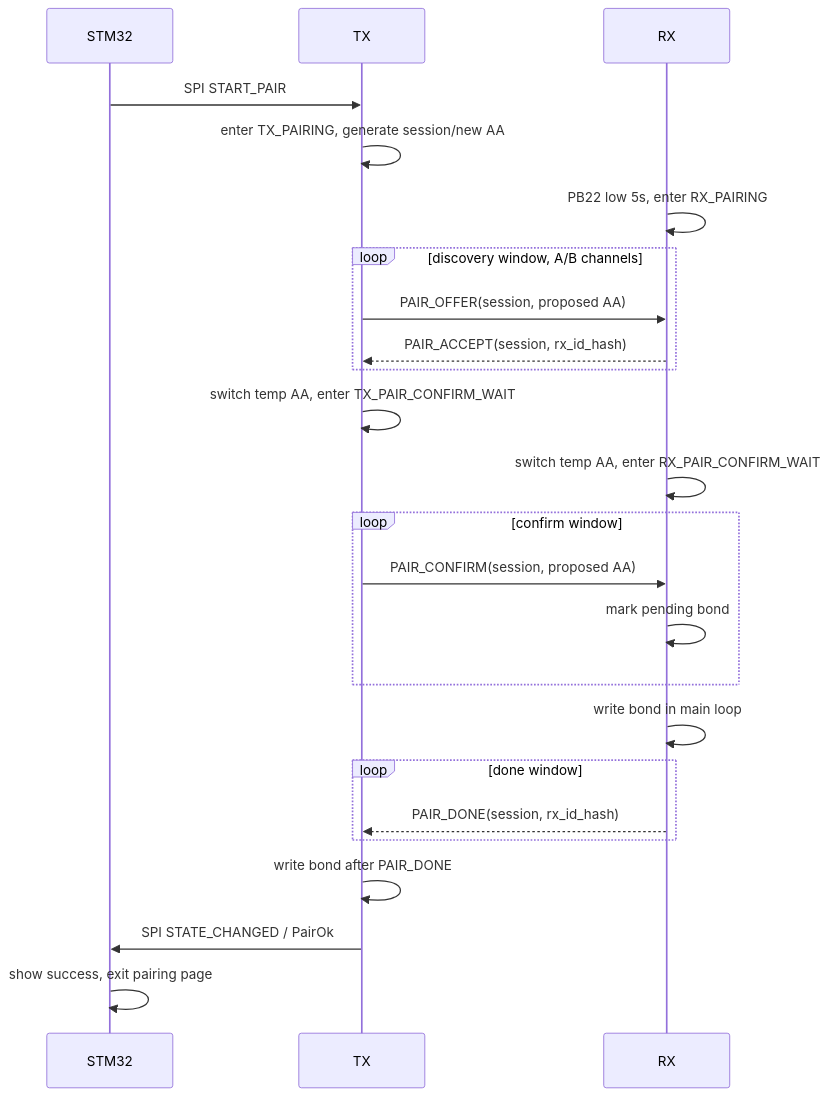
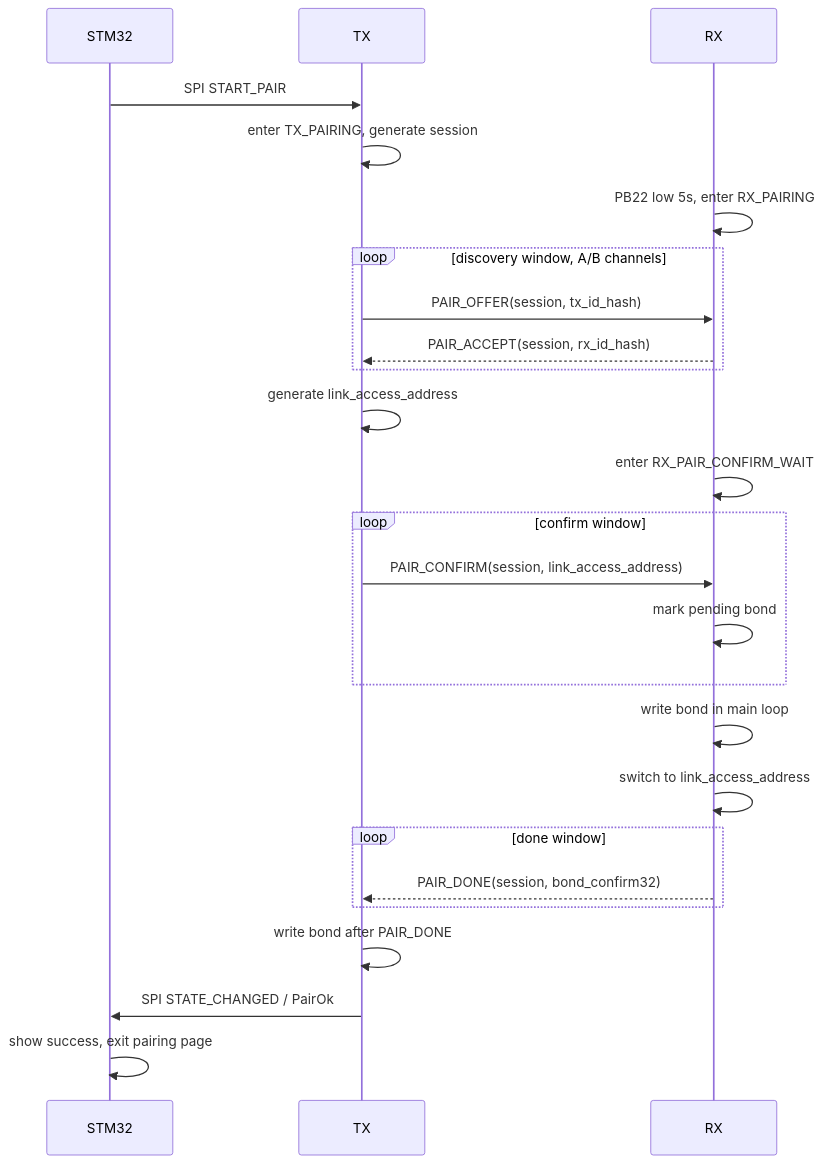
Before and after one commit to nicx519y/Stellar-Dash: the diagram in RF_PHY_Hop/pairing_design.md, drawn with Mermaid. The commit also changed other lines of this file and 9 other files, not shown here.

````diff
--- a/RF_PHY_Hop/pairing_design.md
+++ b/RF_PHY_Hop/pairing_design.md
@@ -120,27 +115,28 @@
 ```mermaid
 sequenceDiagram
     participant STM32
     participant TX
     participant RX
 
     STM32->>TX: SPI START_PAIR
-    TX->>TX: enter TX_PAIRING, generate session/new AA
+    TX->>TX: enter TX_PAIRING, generate session
     RX->>RX: PB22 low 5s, enter RX_PAIRING
     loop discovery window, A/B channels
-        TX->>RX: PAIR_OFFER(session, proposed AA)
+        TX->>RX: PAIR_OFFER(session, tx_id_hash)
         RX-->>TX: PAIR_ACCEPT(session, rx_id_hash)
     end
-    TX->>TX: switch temp AA, enter TX_PAIR_CONFIRM_WAIT
-    RX->>RX: switch temp AA, enter RX_PAIR_CONFIRM_WAIT
+    TX->>TX: generate link_access_address
+    RX->>RX: enter RX_PAIR_CONFIRM_WAIT
     loop confirm window
-        TX->>RX: PAIR_CONFIRM(session, proposed AA)
+        TX->>RX: PAIR_CONFIRM(session, link_access_address)
         RX->>RX: mark pending bond
     end
     RX->>RX: write bond in main loop
+    RX->>RX: switch to link_access_address
     loop done window
-        RX-->>TX: PAIR_DONE(session, rx_id_hash)
+        RX-->>TX: PAIR_DONE(session, bond_confirm32)
     end
     TX->>TX: write bond after PAIR_DONE
     TX->>STM32: SPI STATE_CHANGED / PairOk
     STM32->>STM32: show success, exit pairing page
 ```
````
